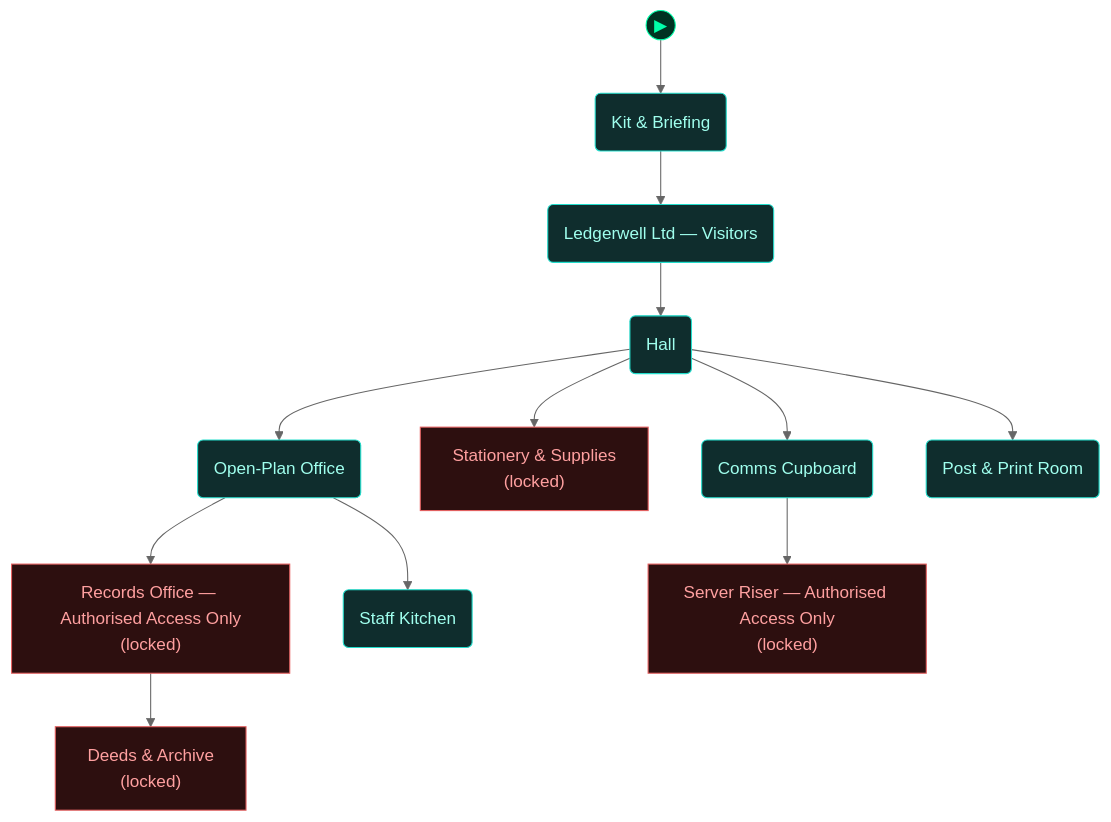
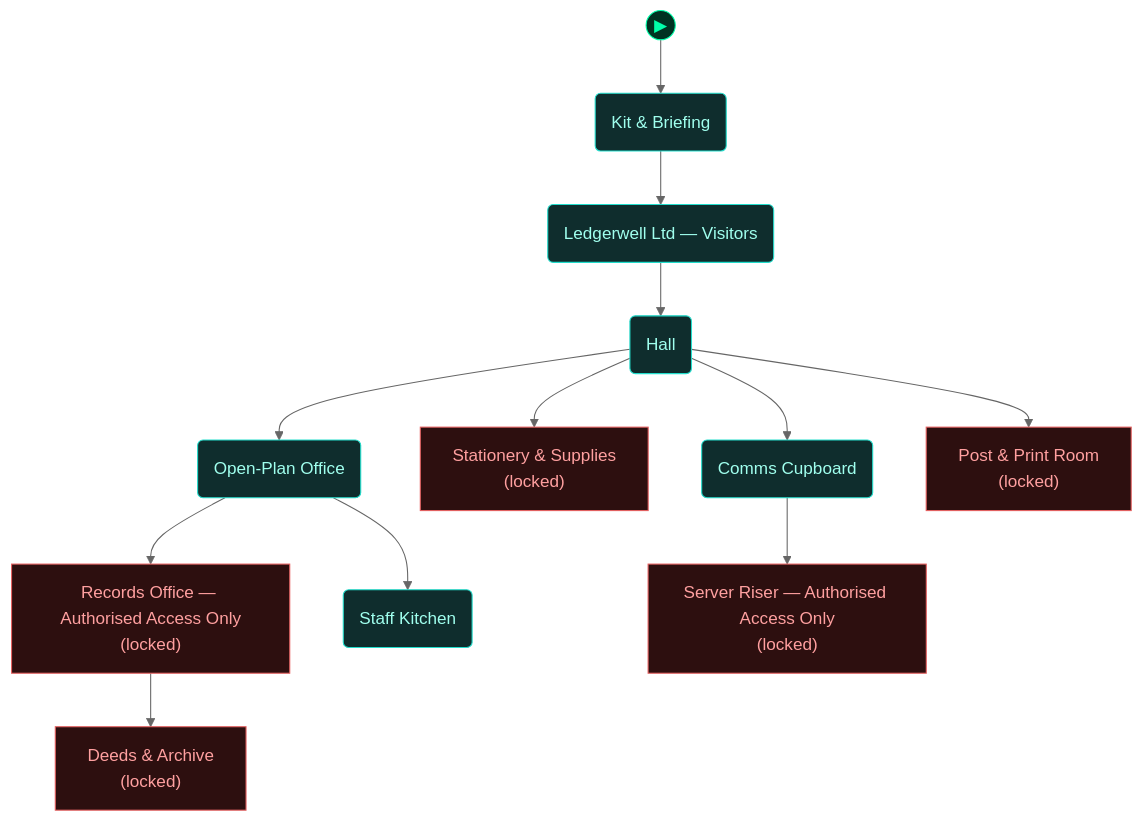
The fourth of 5 diagrams in scenarios/lab_physical_pentest/dungeon_graph.md (cliffe/BreakEscape), drawn with Mermaid (neutral theme) before and after one commit. The commit also changed other lines of this file and 9 other files, not shown here.

First line of the commit message:
Gated-door Chunk E: test_gate_tailgate worn-pass fixture, validator rules, graph label

````diff
--- a/scenarios/lab_physical_pentest/dungeon_graph.md
+++ b/scenarios/lab_physical_pentest/dungeon_graph.md
@@ -347,48 +379,48 @@
 ```mermaid
 flowchart TD
 
   classDef room      fill:#0f2d2d,stroke:#22ddcc,color:#a0ffee
   classDef lock      fill:#2d0f0f,stroke:#e66060,color:#ffa0a0
   classDef key       fill:#2d0812,stroke:#e66060,color:#ffa0a0
   classDef item      fill:#2d1200,stroke:#e89030,color:#ffcc80
   classDef gate      fill:#111,stroke:#666,color:#eee
   classDef vm        fill:#0c1f40,stroke:#4a90d9,color:#a0c8ff
   classDef flag      fill:#1a0c2d,stroke:#9060d0,color:#cc99ff
   classDef action    fill:#1a1200,stroke:#cc9922,color:#ffee88
   classDef aim       fill:#0d2a0d,stroke:#44cc44,color:#88ff88
   classDef aim_gate  fill:#111111,stroke:#44cc44,color:#44cc44
   classDef container fill:#1a2d1a,stroke:#60b060,color:#a0e0a0
   classDef npc       fill:#2d1f0d,stroke:#d0a050,color:#ffe0a0
   classDef critical  fill:#2a1500,stroke:#ffaa00,color:#ffdd88
   classDef start     fill:#003322,stroke:#00ffaa,color:#00ffaa
 
   node_start(("▶"))
   node_start --> briefing_room
 
   briefing_room("Kit & Briefing")
   reception("Ledgerwell Ltd — Visitors")
   hall("Hall")
   open_plan("Open-Plan Office")
   secure_area["Records Office — Authorised Access Only<br/>(locked)"]
   store_room["Stationery & Supplies<br/>(locked)"]
-  P1("Post & Print Room")
+  P1["Post & Print Room<br/>(locked)"]
   P3("Comms Cupboard")
   P5["Server Riser — Authorised Access Only<br/>(locked)"]
   P2("Staff Kitchen")
   P4["Deeds & Archive<br/>(locked)"]
 
   briefing_room --> reception
   reception --> hall
   hall --> open_plan
   hall --> store_room
   hall --> P3
   hall --> P1
   open_plan --> secure_area
   open_plan --> P2
   secure_area --> P4
   P3 --> P5
 
-  class briefing_room,reception,hall,open_plan,P1,P3,P2 room
-  class secure_area,store_room,P5,P4 lock
+  class briefing_room,reception,hall,open_plan,P3,P2 room
+  class secure_area,store_room,P1,P5,P4 lock
   class node_start start
 ```
````
